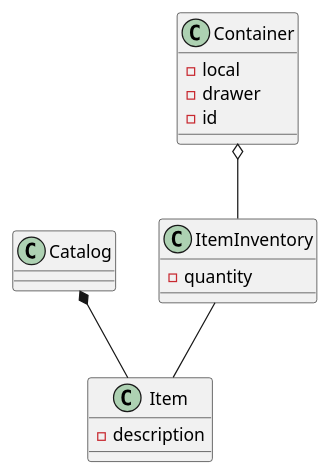
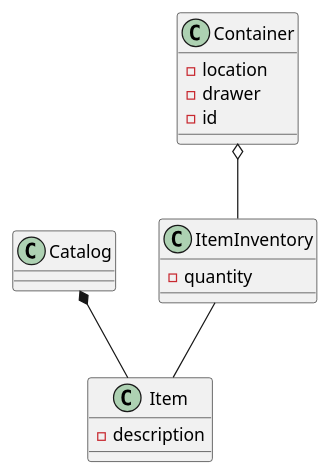
The diagram in docs/classes.puml (IEPSCF-Uccle-PROJWEB2-S1-2021/fablab-components), drawn with PlantUML before and after one commit. The commit also changed 1 other file, not shown here.

Commit message:
Change local -> location in class diagram.

```diff
--- a/docs/classes.puml
+++ b/docs/classes.puml
@@ -1,17 +1,17 @@
 @startuml classes
 class Catalog
 class Item {
   -description
 }
 class Container {
-  -local
+  -location
   -drawer
   -id
 }
 class ItemInventory {
   -quantity
 }
 Catalog *-- Item
 Container o-- ItemInventory
 ItemInventory -- Item
 @enduml
```
